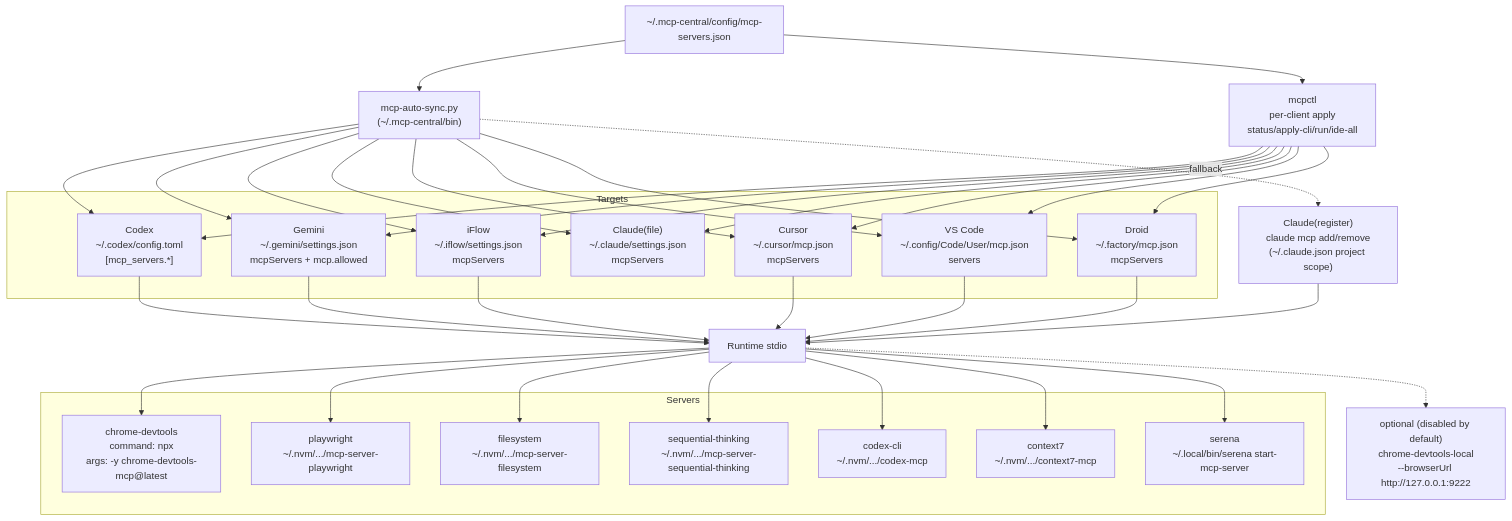
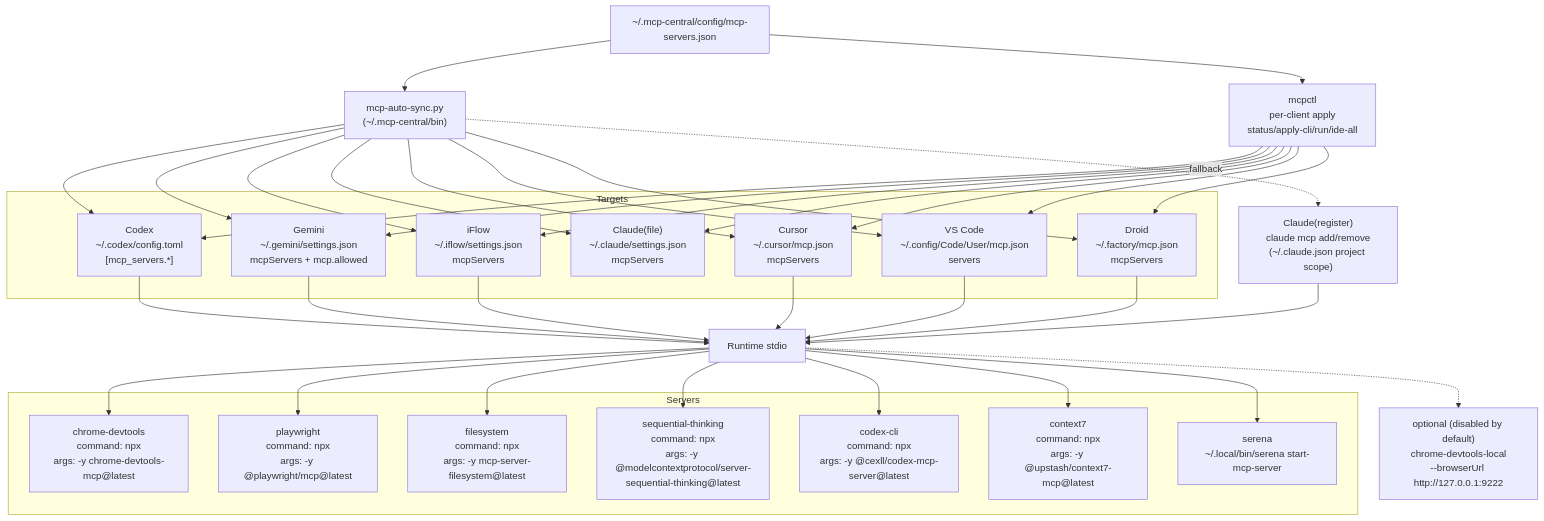
Before and after one commit to czdtech/mcp-local-manager: the diagram in docs/mcp-architecture.mmd, drawn with Mermaid. The commit also changed 3 other files, not shown here.

Commit message:
docs: 架构图与故障排查全面改为 npx @latest（serena 本地）\n\n- mmd/puml 节点更新；重新渲染 PNG\n- Droid 示例改为 npx @latest 形式\n

```diff
--- a/docs/mcp-architecture.mmd
+++ b/docs/mcp-architecture.mmd
@@ -1,61 +1,61 @@
 flowchart TD
   CENTRAL["~/.mcp-central/config/mcp-servers.json"] --> SYNC["mcp-auto-sync.py<br/>(~/.mcp-central/bin)"]
   CENTRAL --> MCPCTL["mcpctl<br/>per-client apply<br/>status/apply-cli/run/ide-all"]
 
   subgraph Targets
     CODEX["Codex<br/>~/.codex/config.toml<br/>[mcp_servers.*]"]
     GEMINI["Gemini<br/>~/.gemini/settings.json<br/>mcpServers + mcp.allowed"]
     IFLOW["iFlow<br/>~/.iflow/settings.json<br/>mcpServers"]
     CLAUDE_FILE["Claude(file)<br/>~/.claude/settings.json<br/>mcpServers"]
     CURSOR["Cursor<br/>~/.cursor/mcp.json<br/>mcpServers"]
     VSCODE["VS Code<br/>~/.config/Code/User/mcp.json<br/>servers"]
     DROID["Droid<br/>~/.factory/mcp.json<br/>mcpServers"]
   end
 
   SYNC --> CODEX
   SYNC --> GEMINI
   SYNC --> IFLOW
   SYNC --> CLAUDE_FILE
   SYNC --> CURSOR
   SYNC --> VSCODE
   SYNC --> DROID
   MCPCTL --> CODEX
   MCPCTL --> GEMINI
   MCPCTL --> IFLOW
   MCPCTL --> CLAUDE_FILE
   MCPCTL --> CURSOR
   MCPCTL --> VSCODE
   MCPCTL --> DROID
 
   CLAUDE_REG["Claude(register)<br/>claude mcp add/remove<br/>(~/.claude.json project scope)"]
   SYNC -. fallback .-> CLAUDE_REG
 
   RUNTIME[Runtime stdio]
   CODEX --> RUNTIME
   GEMINI --> RUNTIME
   IFLOW --> RUNTIME
   CLAUDE_REG --> RUNTIME
   CURSOR --> RUNTIME
   VSCODE --> RUNTIME
   DROID --> RUNTIME
 
   subgraph Servers
     CDT["chrome-devtools<br/>command: npx<br/>args: -y chrome-devtools-mcp@latest"]
-    PW["playwright<br/>~/.nvm/.../mcp-server-playwright"]
-    FS["filesystem<br/>~/.nvm/.../mcp-server-filesystem"]
-    ST["sequential-thinking<br/>~/.nvm/.../mcp-server-sequential-thinking"]
-    CMC["codex-cli<br/>~/.nvm/.../codex-mcp"]
-    CTX7["context7<br/>~/.nvm/.../context7-mcp"]
+    PW["playwright<br/>command: npx<br/>args: -y @playwright/mcp@latest"]
+    FS["filesystem<br/>command: npx<br/>args: -y mcp-server-filesystem@latest"]
+    ST["sequential-thinking<br/>command: npx<br/>args: -y @modelcontextprotocol/server-sequential-thinking@latest"]
+    CMC["codex-cli<br/>command: npx<br/>args: -y @cexll/codex-mcp-server@latest"]
+    CTX7["context7<br/>command: npx<br/>args: -y @upstash/context7-mcp@latest"]
     SERENA["serena<br/>~/.local/bin/serena start-mcp-server"]
   end
 
   RUNTIME --> CDT
   RUNTIME --> PW
   RUNTIME --> FS
   RUNTIME --> ST
   RUNTIME --> CMC
   RUNTIME --> CTX7
   RUNTIME --> SERENA
 
   CDT_LOCAL["optional (disabled by default)<br/>chrome-devtools-local<br/>--browserUrl http://127.0.0.1:9222"]
   RUNTIME -.-> CDT_LOCAL
```
